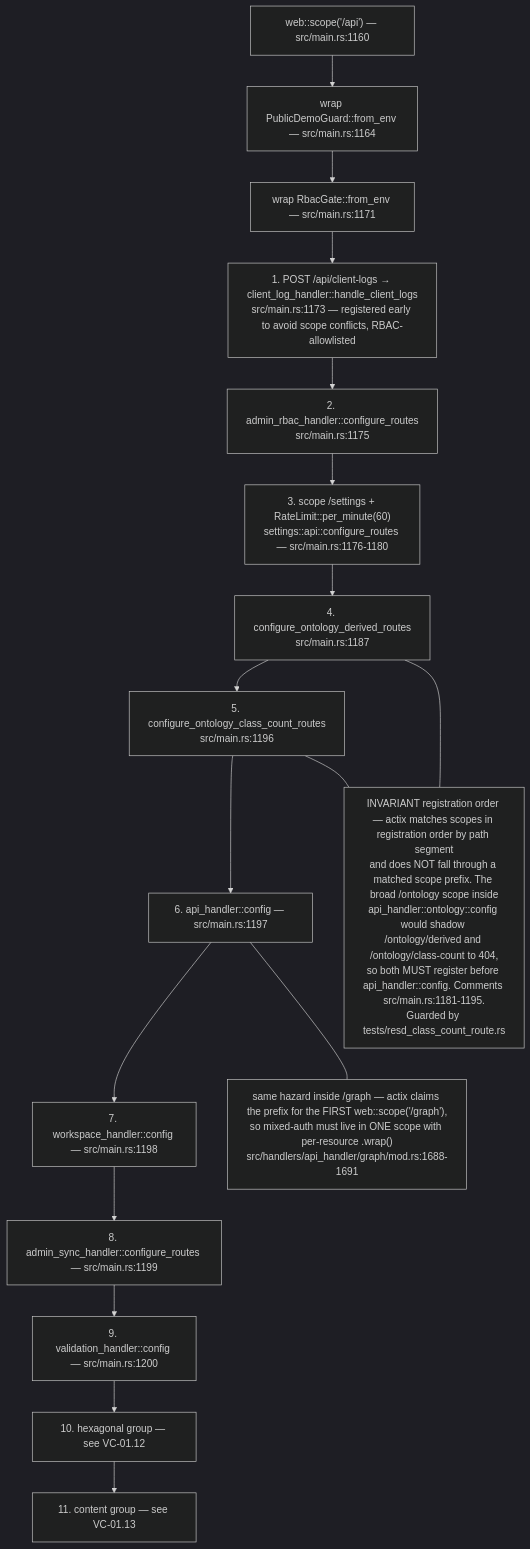
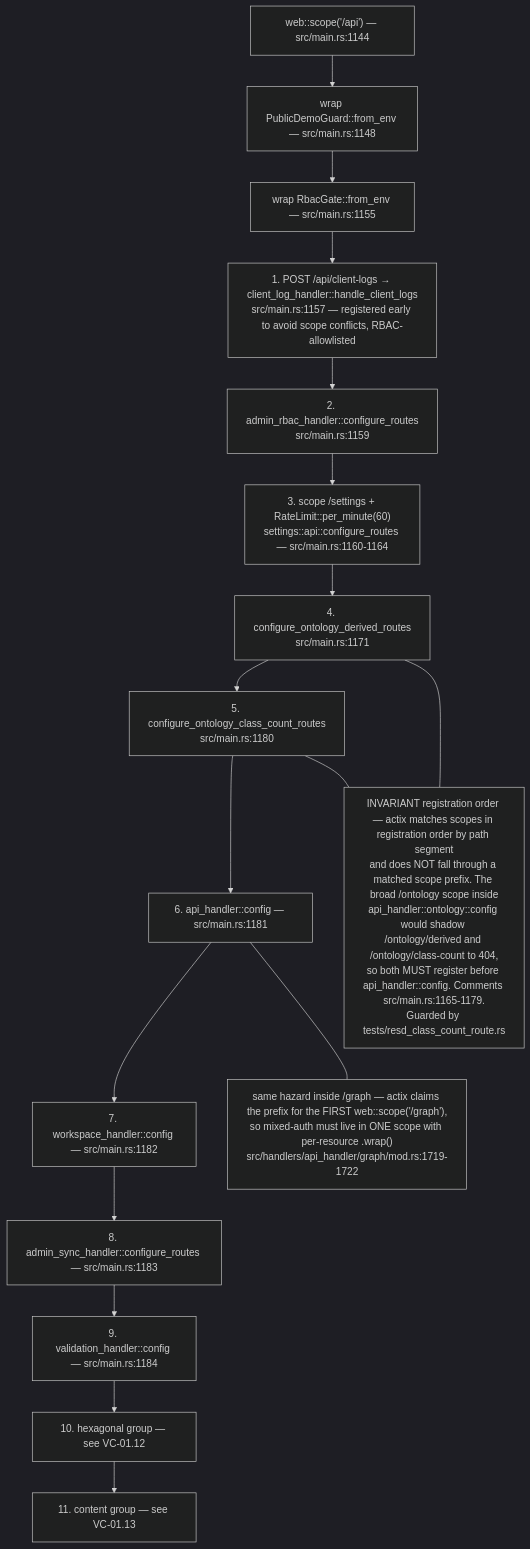
Before and after one commit to DreamLab-AI/VisionFlow: the eighth of 13 diagrams in docs/diagrams/visionclaw/01-boot-and-app-state.md, drawn with Mermaid (dark theme). The commit also changed other lines of this file and 7 other files, not shown here.

````diff
--- a/docs/diagrams/visionclaw/01-boot-and-app-state.md
+++ b/docs/diagrams/visionclaw/01-boot-and-app-state.md
@@ -396,22 +399,22 @@
 ```mermaid
 flowchart TB
-    S["web::scope('/api') — src/main.rs:1160"]
-    S --> G1["wrap PublicDemoGuard::from_env — src/main.rs:1164"]
-    G1 --> G2["wrap RbacGate::from_env — src/main.rs:1171"]
-    G2 --> R1["1. POST /api/client-logs → client_log_handler::handle_client_logs<br/>src/main.rs:1173 — registered early to avoid scope conflicts, RBAC-allowlisted"]
-    R1 --> R2["2. admin_rbac_handler::configure_routes<br/>src/main.rs:1175"]
-    R2 --> R3["3. scope /settings + RateLimit::per_minute(60)<br/>settings::api::configure_routes — src/main.rs:1176-1180"]
-    R3 --> R4["4. configure_ontology_derived_routes<br/>src/main.rs:1187"]
-    R4 --> R5["5. configure_ontology_class_count_routes<br/>src/main.rs:1196"]
-    R5 --> R6["6. api_handler::config — src/main.rs:1197"]
-    R6 --> R7["7. workspace_handler::config — src/main.rs:1198"]
-    R7 --> R8["8. admin_sync_handler::configure_routes — src/main.rs:1199"]
-    R8 --> R9["9. validation_handler::config — src/main.rs:1200"]
+    S["web::scope('/api') — src/main.rs:1144"]
+    S --> G1["wrap PublicDemoGuard::from_env — src/main.rs:1148"]
+    G1 --> G2["wrap RbacGate::from_env — src/main.rs:1155"]
+    G2 --> R1["1. POST /api/client-logs → client_log_handler::handle_client_logs<br/>src/main.rs:1157 — registered early to avoid scope conflicts, RBAC-allowlisted"]
+    R1 --> R2["2. admin_rbac_handler::configure_routes<br/>src/main.rs:1159"]
+    R2 --> R3["3. scope /settings + RateLimit::per_minute(60)<br/>settings::api::configure_routes — src/main.rs:1160-1164"]
+    R3 --> R4["4. configure_ontology_derived_routes<br/>src/main.rs:1171"]
+    R4 --> R5["5. configure_ontology_class_count_routes<br/>src/main.rs:1180"]
+    R5 --> R6["6. api_handler::config — src/main.rs:1181"]
+    R6 --> R7["7. workspace_handler::config — src/main.rs:1182"]
+    R7 --> R8["8. admin_sync_handler::configure_routes — src/main.rs:1183"]
+    R8 --> R9["9. validation_handler::config — src/main.rs:1184"]
     R9 --> R10["10. hexagonal group — see VC-01.12"]
     R10 --> R11["11. content group — see VC-01.13"]
-    ORD["INVARIANT registration order — actix matches scopes in registration order by path segment<br/>and does NOT fall through a matched scope prefix. The broad /ontology scope inside<br/>api_handler::ontology::config would shadow /ontology/derived and /ontology/class-count to 404,<br/>so both MUST register before api_handler::config. Comments src/main.rs:1181-1195.<br/>Guarded by tests/resd_class_count_route.rs"]
+    ORD["INVARIANT registration order — actix matches scopes in registration order by path segment<br/>and does NOT fall through a matched scope prefix. The broad /ontology scope inside<br/>api_handler::ontology::config would shadow /ontology/derived and /ontology/class-count to 404,<br/>so both MUST register before api_handler::config. Comments src/main.rs:1165-1179.<br/>Guarded by tests/resd_class_count_route.rs"]
     R4 --- ORD
     R5 --- ORD
-    ORD2["same hazard inside /graph — actix claims the prefix for the FIRST web::scope('/graph'),<br/>so mixed-auth must live in ONE scope with per-resource .wrap()<br/>src/handlers/api_handler/graph/mod.rs:1688-1691"]
+    ORD2["same hazard inside /graph — actix claims the prefix for the FIRST web::scope('/graph'),<br/>so mixed-auth must live in ONE scope with per-resource .wrap()<br/>src/handlers/api_handler/graph/mod.rs:1719-1722"]
     R6 --- ORD2
 ```
````
